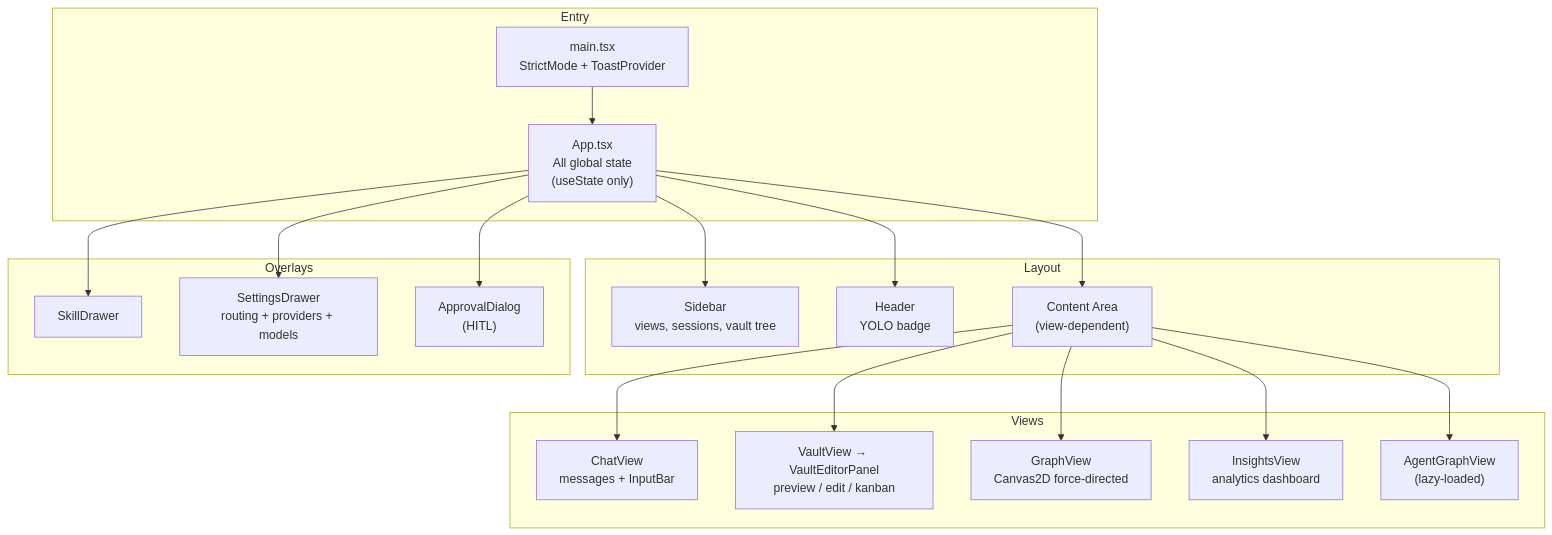
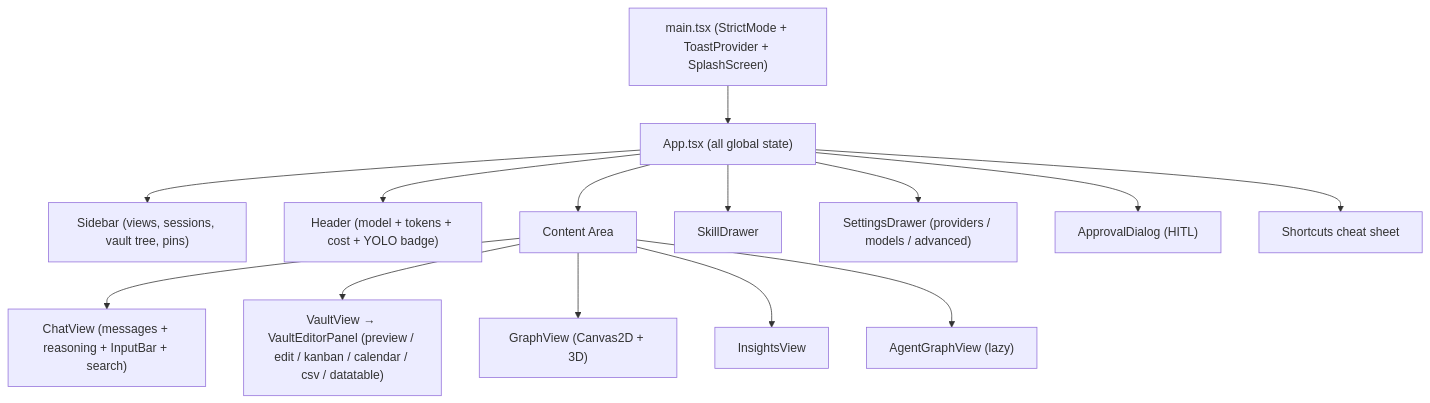
Before and after one commit to NinoCoelho/nexus: diagram 11 of 11 in README.md, drawn with Mermaid. The commit also changed other lines of this file and 1 other file, not shown here.

First line of the commit message:
docs: refresh README + CLAUDE.md (tunnel, calendar, push)

````diff
--- a/README.md
+++ b/README.md
@@ -648,43 +596,28 @@
 ```mermaid
 graph TB
-    subgraph "Entry"
-        MAIN["main.tsx<br/>StrictMode + ToastProvider"]
-        APP["App.tsx<br/>All global state<br/>(useState only)"]
-    end
+    MAIN["main.tsx (StrictMode + ToastProvider + SplashScreen)"]
+    APP["App.tsx (all global state)"]
 
     MAIN --> APP
 
-    subgraph "Layout"
-        SIDEBAR["Sidebar<br/>views, sessions, vault tree"]
-        HEADER["Header<br/>YOLO badge"]
-        CONTENT["Content Area<br/>(view-dependent)"]
-    end
+    SIDEBAR["Sidebar (views, sessions, vault tree, pins)"]
+    HEADER["Header (model + tokens + cost + YOLO badge)"]
+    CONTENT["Content Area"]
 
-    APP --> SIDEBAR
-    APP --> HEADER
-    APP --> CONTENT
+    APP --> SIDEBAR & HEADER & CONTENT
 
-    subgraph "Views"
-        CHAT["ChatView<br/>messages + InputBar"]
-        VAULT["VaultView → VaultEditorPanel<br/>preview / edit / kanban"]
-        GRAPH["GraphView<br/>Canvas2D force-directed"]
-        INSIGHTS["InsightsView<br/>analytics dashboard"]
-        AGENTG["AgentGraphView<br/>(lazy-loaded)"]
-    end
+    CHAT["ChatView (messages + reasoning + InputBar + search)"]
+    VAULT["VaultView → VaultEditorPanel (preview / edit / kanban / calendar / csv / datatable)"]
+    GRAPH["GraphView (Canvas2D + 3D)"]
+    INSIGHTS["InsightsView"]
+    AGENTG["AgentGraphView (lazy)"]
 
-    CONTENT --> CHAT
-    CONTENT --> VAULT
-    CONTENT --> GRAPH
-    CONTENT --> INSIGHTS
-    CONTENT --> AGENTG
+    CONTENT --> CHAT & VAULT & GRAPH & INSIGHTS & AGENTG
 
-    subgraph "Overlays"
-        SKILLD["SkillDrawer"]
-        SETTD["SettingsDrawer<br/>routing + providers + models"]
-        APPROVE["ApprovalDialog<br/>(HITL)"]
-    end
+    SKILLD["SkillDrawer"]
+    SETTD["SettingsDrawer (providers / models / advanced)"]
+    APPROVE["ApprovalDialog (HITL)"]
+    SHORT["Shortcuts cheat sheet"]
 
-    APP --> SKILLD
-    APP --> SETTD
-    APP --> APPROVE
+    APP --> SKILLD & SETTD & APPROVE & SHORT
 ```
````
